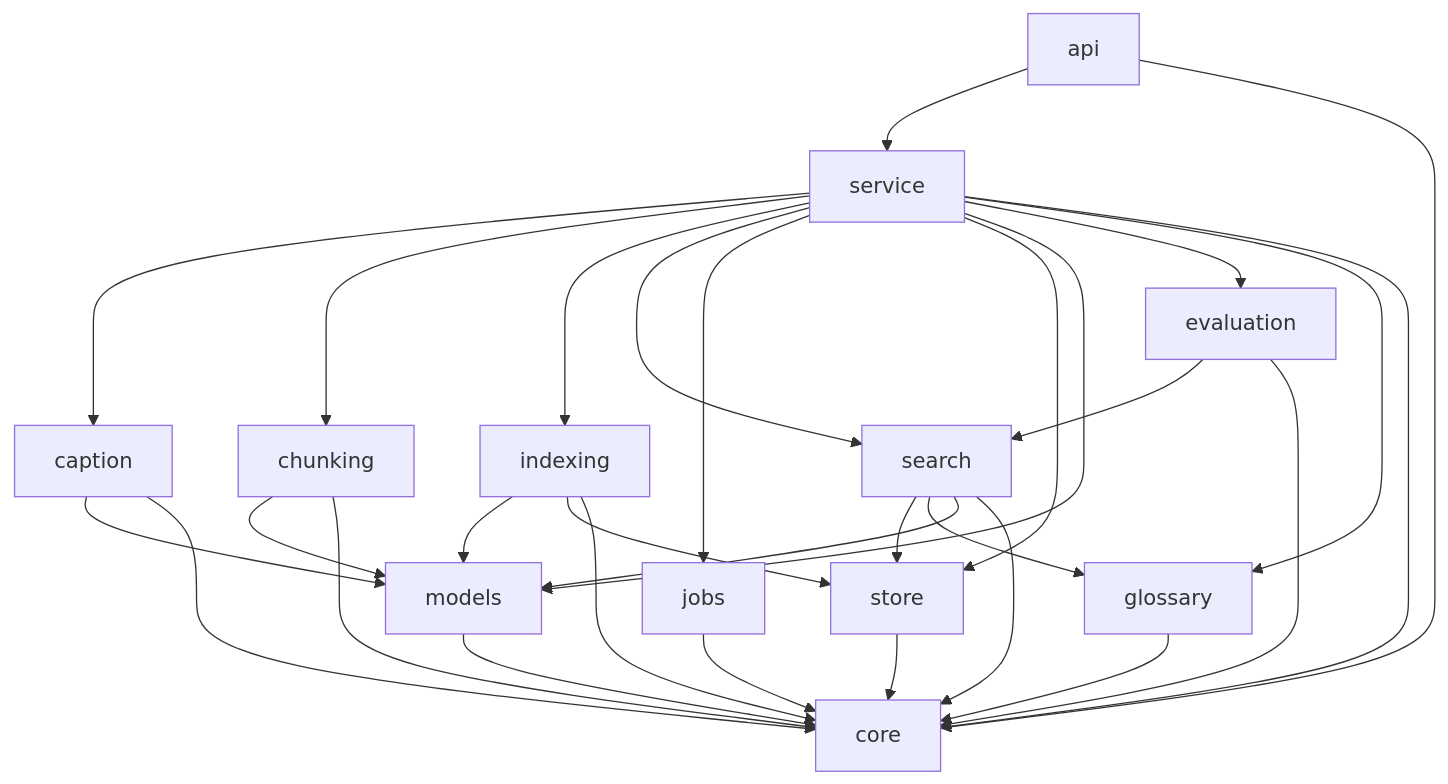
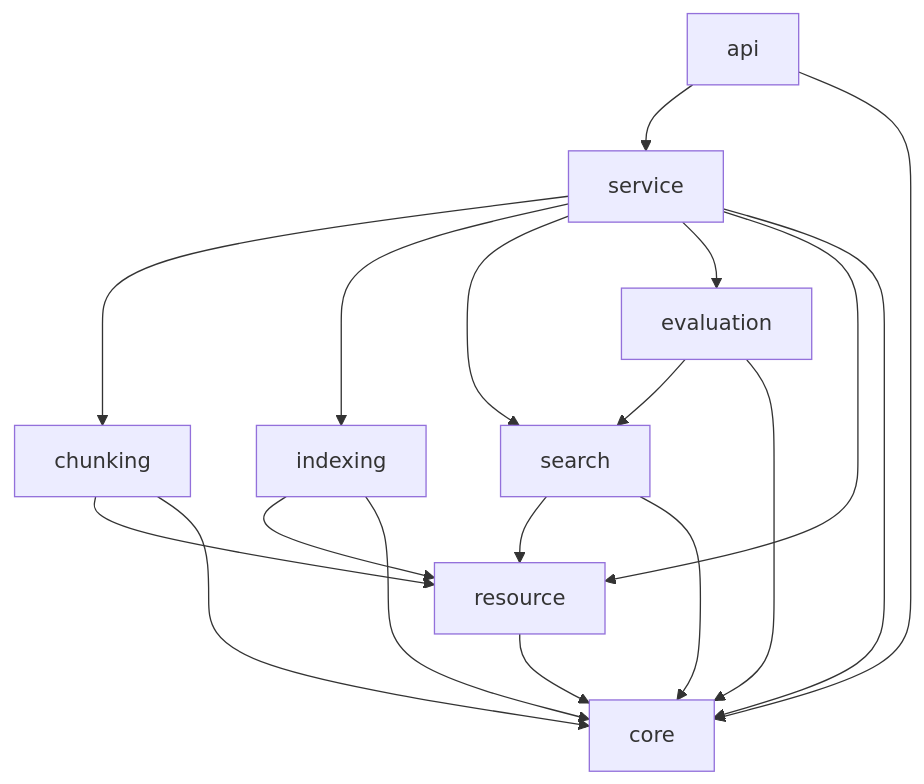
One commit to victor7-aquila/minerva changed the second of 4 diagrams in apps/rag-server/ARCHITECT.md. Above: the diagram before and after it, drawn with Mermaid. The commit also changed other lines of this file and 19 other files, not shown here.

````diff
--- a/apps/rag-server/ARCHITECT.md
+++ b/apps/rag-server/ARCHITECT.md
@@ -53,32 +49,20 @@
 ```mermaid
 flowchart TB
     api --> service
-    service --> caption
     service --> chunking
     service --> indexing
     service --> search
-    service --> jobs
-    service --> store
-    service --> models
     service --> evaluation
-    service --> glossary
+    service --> resource
     evaluation --> search
-    caption --> models
-    chunking --> models
-    indexing --> models
-    indexing --> store
-    search --> store
-    search --> glossary
-    search --> models
+    chunking --> resource
+    indexing --> resource
+    search --> resource
     api --> core
     service --> core
-    caption --> core
     chunking --> core
     indexing --> core
     search --> core
-    glossary --> core
     evaluation --> core
-    jobs --> core
-    models --> core
-    store --> core
+    resource --> core
 ```
````
